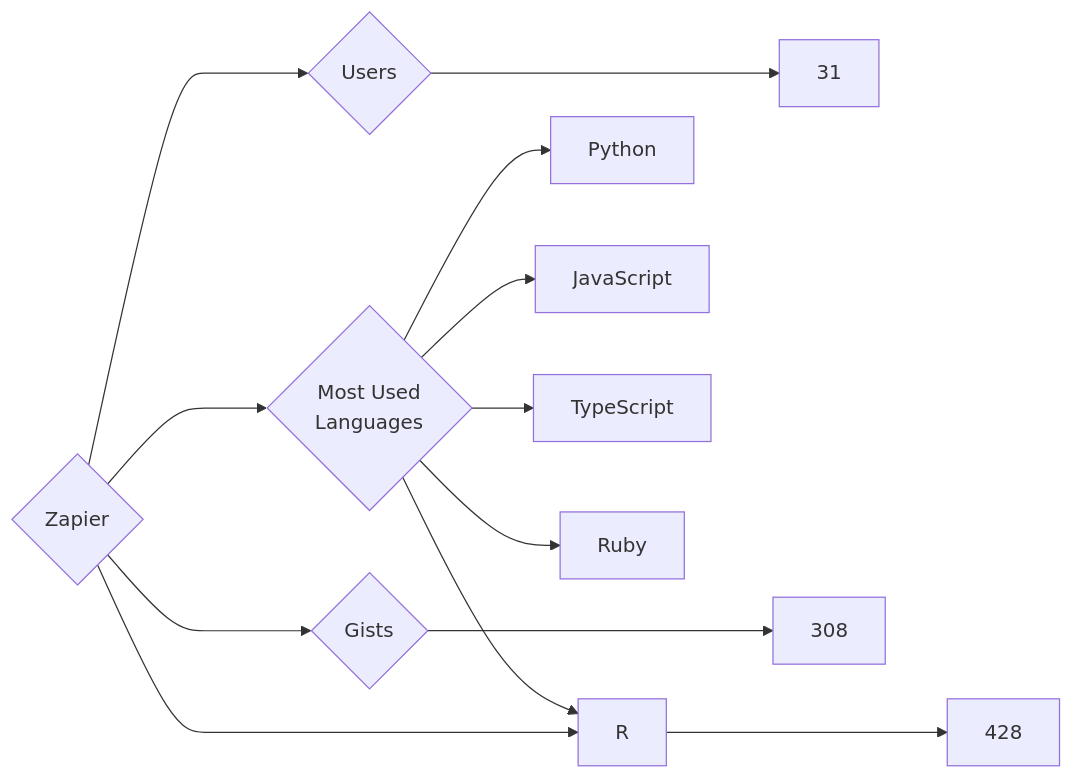
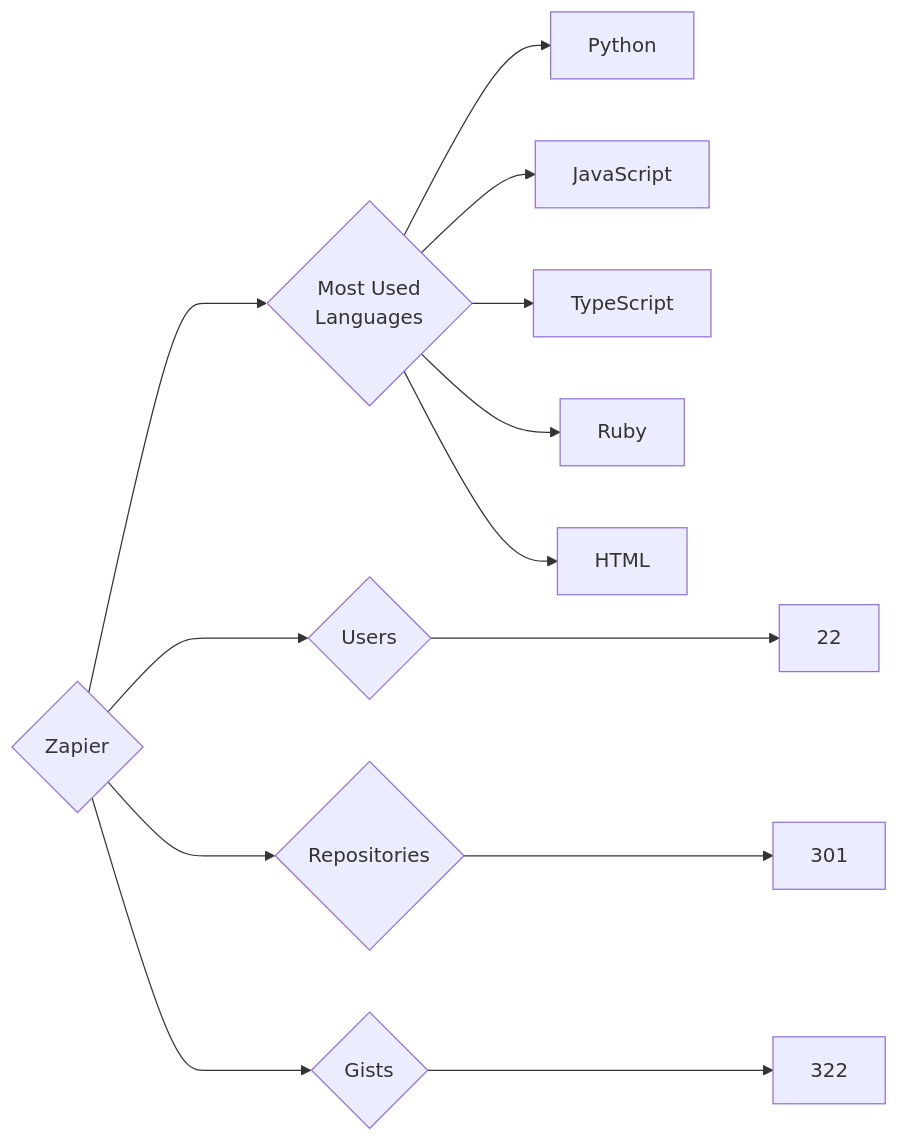
Before and after one commit to trickest/insiders: the diagram in targets/Zapier/README.md, drawn with Mermaid. The commit also changed 940 other files, not shown here.

````diff
--- a/targets/Zapier/README.md
+++ b/targets/Zapier/README.md
@@ -3,13 +3,13 @@
 ```mermaid
 graph LR
 COMPANY_NAME{Zapier}
-COMPANY_NAME ---> U{Users} ---> UN[31]
-COMPANY_NAME ---> R{Repositories} ---> RN[428]
-COMPANY_NAME ---> G{Gists} ---> GN[308]
+COMPANY_NAME ---> U{Users} ---> UN[22]
+COMPANY_NAME ---> R{Repositories} ---> RN[301]
+COMPANY_NAME ---> G{Gists} ---> GN[322]
 COMPANY_NAME ---> ML{Most Used<br>Languages}
 ML --> Python[Python]
 ML --> JavaScript[JavaScript]
-ML --> R[R]
 ML --> TypeScript[TypeScript]
 ML --> Ruby[Ruby]
+ML --> HTML[HTML]
 ```
````
